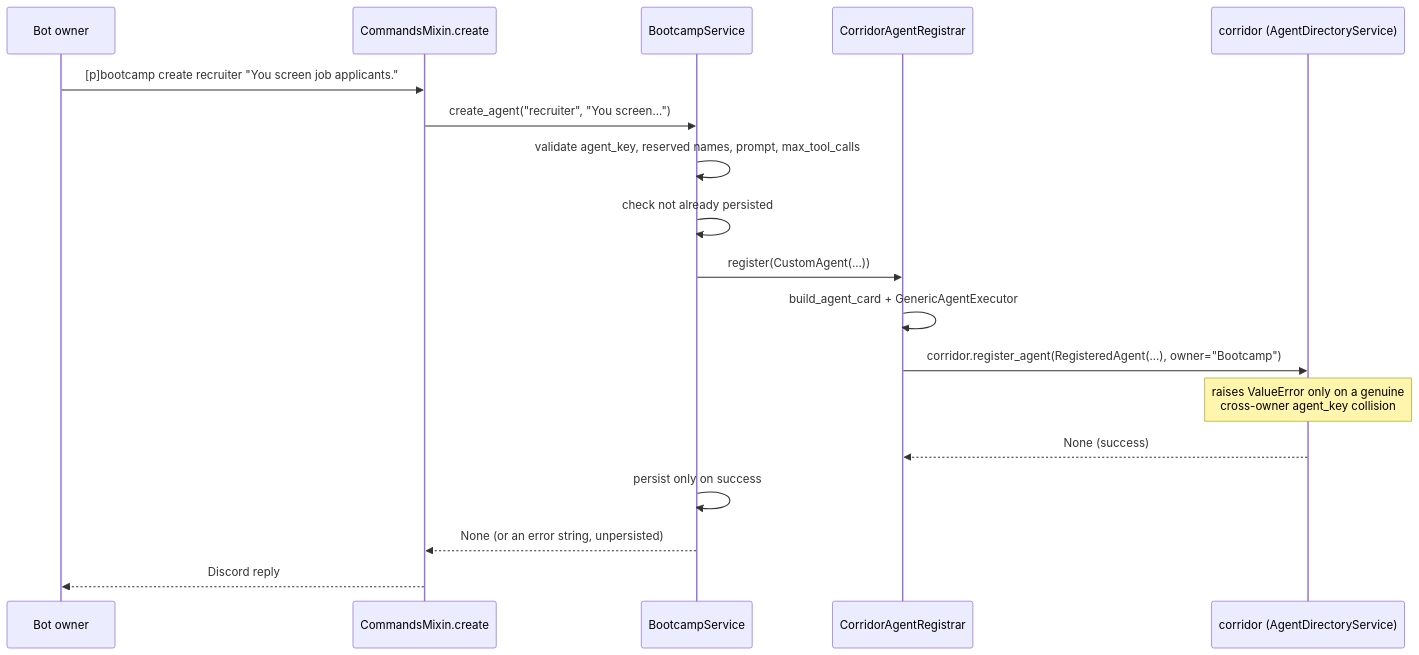
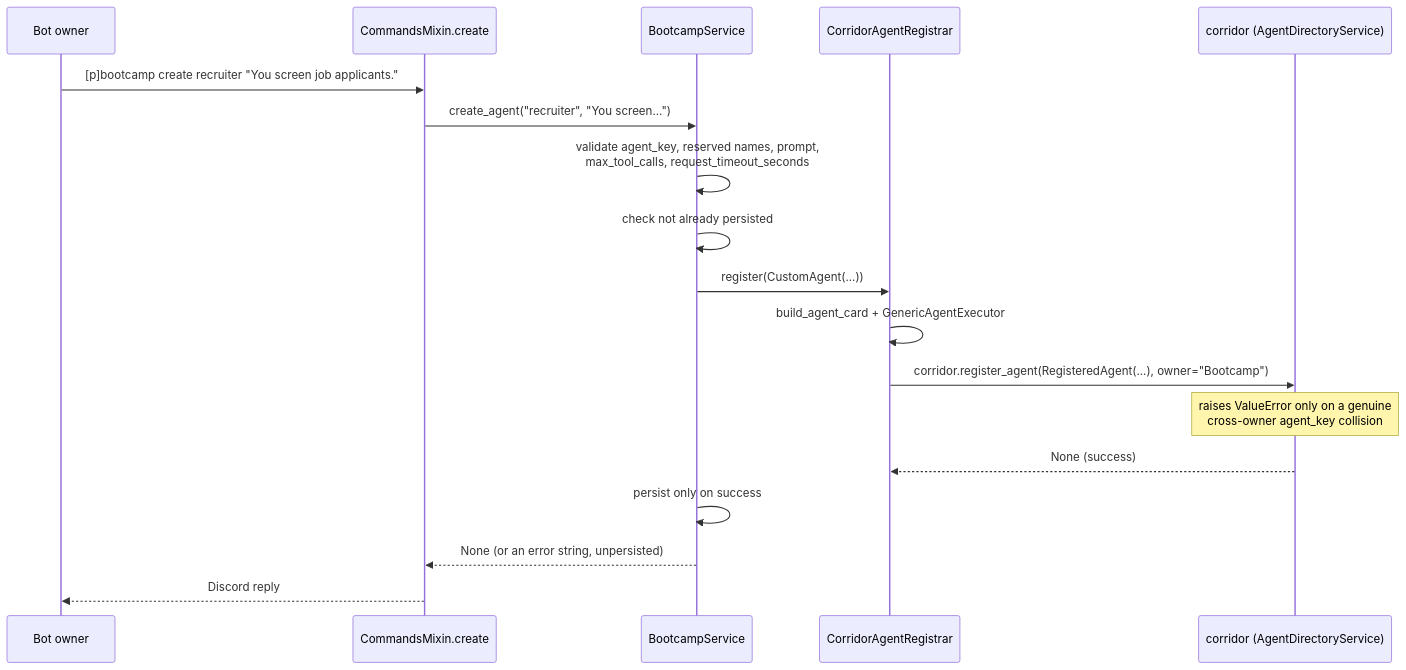
One commit to pixel-agents-hq/pixel-agents-cogs changed the second of 4 diagrams in docs/bootcamp-design.md. Above: the diagram before and after it, drawn with Mermaid. The commit also changed other lines of this file and 27 other files, not shown here.

First line of the commit message:
feat(bootcamp): add per-agent configurable LLM request timeout, CV2 agent list panel

````diff
--- a/docs/bootcamp-design.md
+++ b/docs/bootcamp-design.md
@@ -128,21 +144,21 @@
 ```mermaid
 sequenceDiagram
     participant Owner as Bot owner
     participant Cmd as CommandsMixin.create
     participant Svc as BootcampService
     participant Reg as CorridorAgentRegistrar
     participant Dir as corridor (AgentDirectoryService)
 
     Owner->>Cmd: [p]bootcamp create recruiter "You screen job applicants."
     Cmd->>Svc: create_agent("recruiter", "You screen...")
-    Svc->>Svc: validate agent_key, reserved names, prompt, max_tool_calls
+    Svc->>Svc: validate agent_key, reserved names, prompt,<br/>max_tool_calls, request_timeout_seconds
     Svc->>Svc: check not already persisted
     Svc->>Reg: register(CustomAgent(...))
     Reg->>Reg: build_agent_card + GenericAgentExecutor
     Reg->>Dir: corridor.register_agent(RegisteredAgent(...), owner="Bootcamp")
     Note over Dir: raises ValueError only on a genuine<br/>cross-owner agent_key collision
     Dir-->>Reg: None (success)
     Svc->>Svc: persist only on success
     Svc-->>Cmd: None (or an error string, unpersisted)
     Cmd-->>Owner: Discord reply
 ```
````
